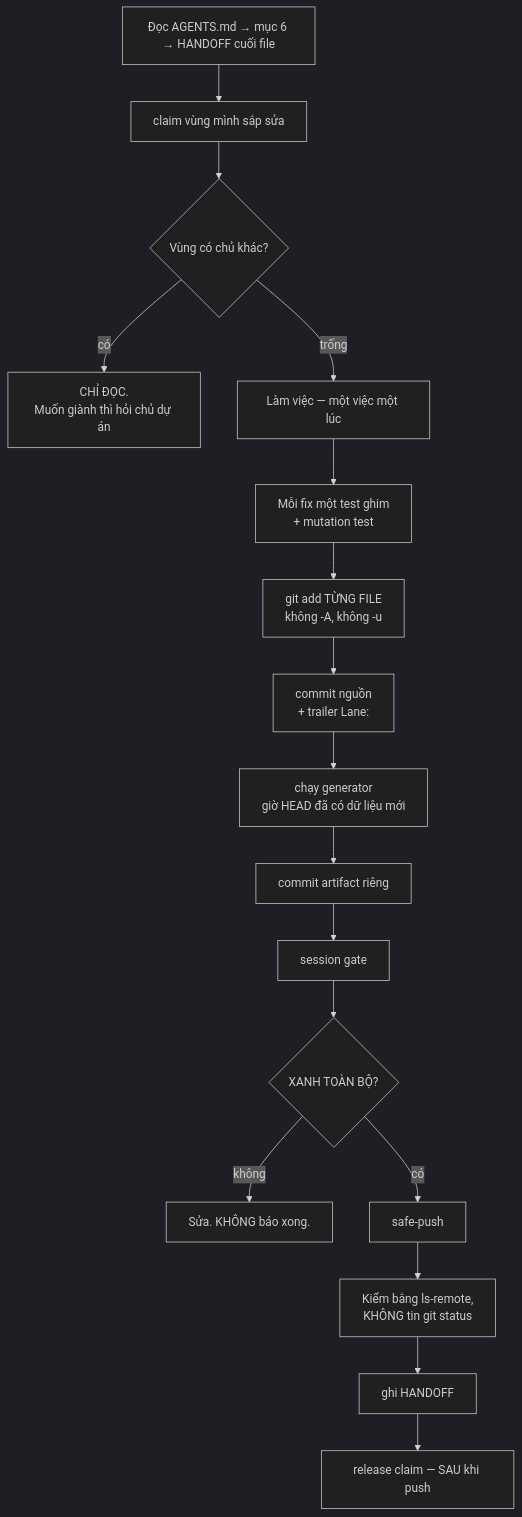
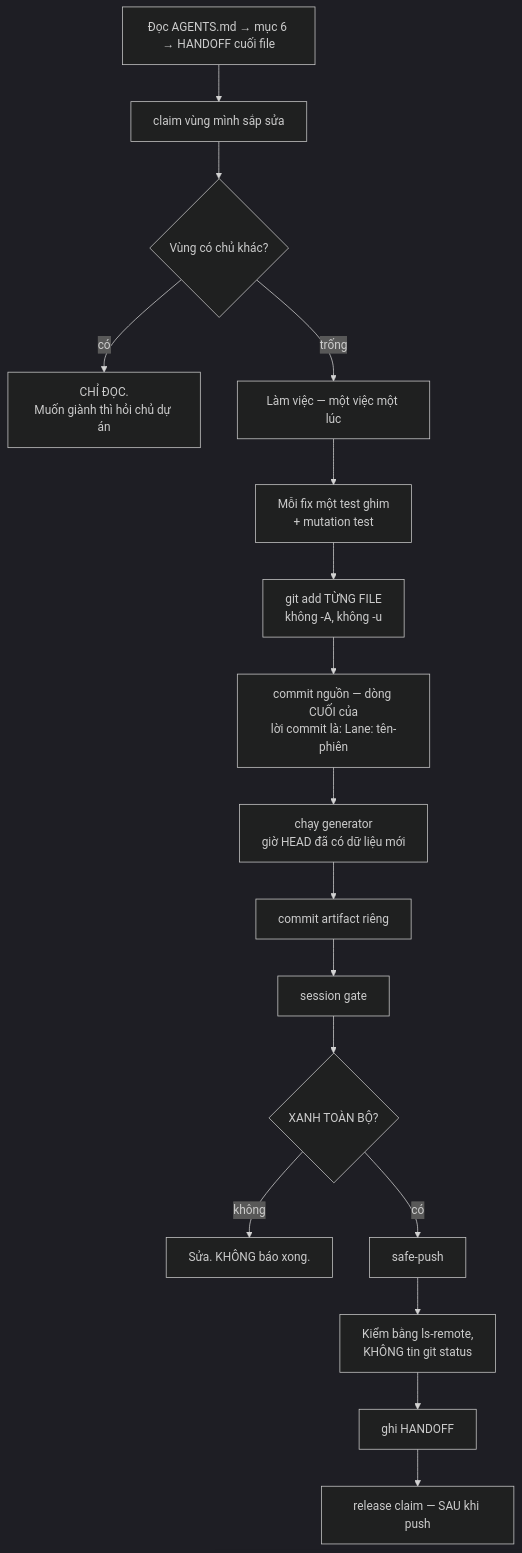
One commit to anhducds-GIT/Ark_Repo_Harness_Template changed the diagram in docs/workflows/03-mot-phien-lam-viec.md. Above: the diagram before and after it, drawn with Mermaid (dark theme). The commit also changed 10 other files, not shown here.

````diff
--- a/docs/workflows/03-mot-phien-lam-viec.md
+++ b/docs/workflows/03-mot-phien-lam-viec.md
@@ -12,19 +12,19 @@
 ```mermaid
 flowchart TD
     A["Đọc AGENTS.md → mục 6 → HANDOFF cuối file"] --> B["claim vùng mình sắp sửa"]
     B --> C{Vùng có chủ khác?}
     C -- có --> D["CHỈ ĐỌC.<br/>Muốn giành thì hỏi chủ dự án"]
     C -- trống --> E["Làm việc — một việc một lúc"]
     E --> F["Mỗi fix một test ghim<br/>+ mutation test"]
     F --> G["git add TỪNG FILE<br/>không -A, không -u"]
-    G --> H["commit nguồn<br/>+ trailer Lane:"]
+    G --> H["commit nguồn — dòng CUỐI của<br/>lời commit là: Lane: tên-phiên"]
     H --> I["chạy generator<br/>giờ HEAD đã có dữ liệu mới"]
     I --> J["commit artifact riêng"]
     J --> K["session gate"]
     K --> L{XANH TOÀN BỘ?}
     L -- không --> M["Sửa. KHÔNG báo xong."]
     L -- có --> N["safe-push"]
     N --> O["Kiểm bằng ls-remote,<br/>KHÔNG tin git status"]
     O --> P["ghi HANDOFF"]
     P --> Q["release claim — SAU khi push"]
 ```
````
